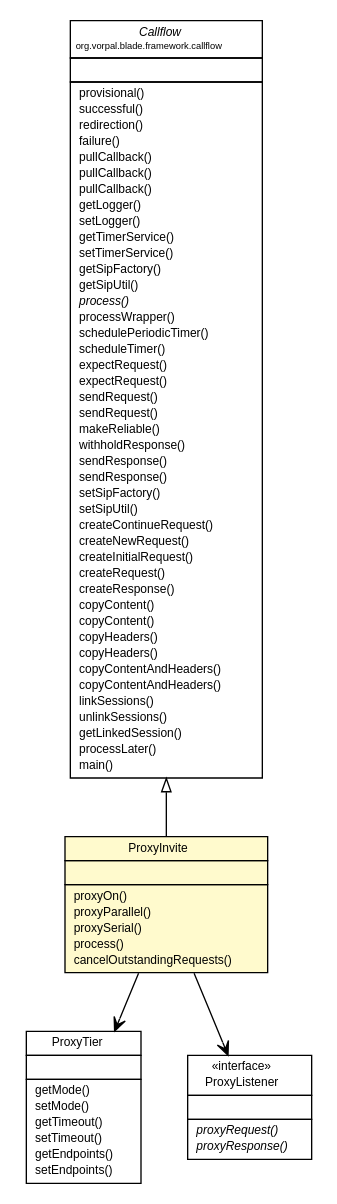
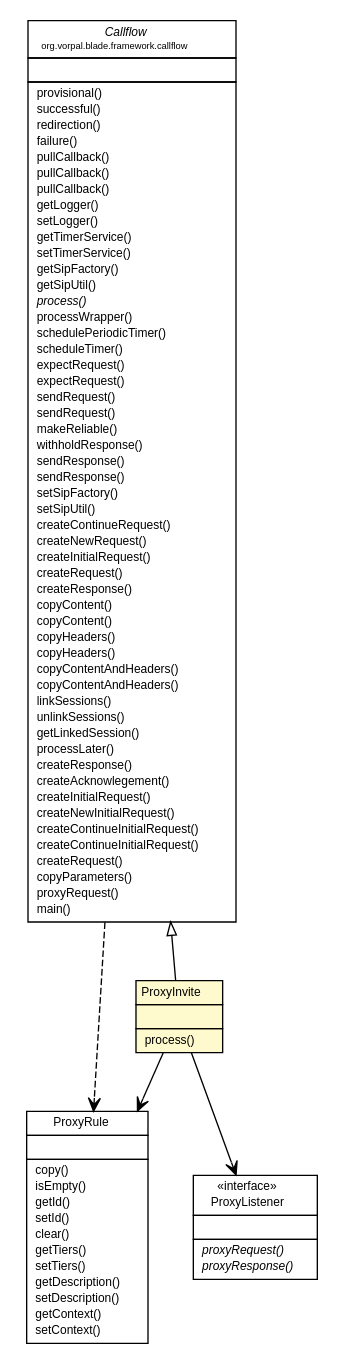
The diagram in blade/vorpal-blade-library-framework/org/vorpal/blade/framework/proxy/ProxyInvite.dot (vorpalnet/vorpalnet.github.io), drawn with Graphviz before and after one commit. The commit also changed 1096 other files, not shown here.

```diff
--- a/blade/vorpal-blade-library-framework/org/vorpal/blade/framework/proxy/ProxyInvite.dot
+++ b/blade/vorpal-blade-library-framework/org/vorpal/blade/framework/proxy/ProxyInvite.dot
@@ -1,120 +1,132 @@
 #!/usr/local/bin/dot
 #
 # Class diagram 
 # Generated by UMLGraph version 5.2 (http://www.umlgraph.org/)
 #
 
 digraph G {
 	edge [fontname="Helvetica",fontsize=10,labelfontname="Helvetica",labelfontsize=10];
 	node [fontname="Helvetica",fontsize=10,shape=plaintext];
 	nodesep=0.25;
 	ranksep=0.5;
 	// org.vorpal.blade.framework.callflow.Callflow
-	c2261 [label=<<table title="org.vorpal.blade.framework.callflow.Callflow" border="0" cellborder="1" cellspacing="0" cellpadding="2" port="p" href="../callflow/Callflow.html">
+	c4730 [label=<<table title="org.vorpal.blade.framework.callflow.Callflow" border="0" cellborder="1" cellspacing="0" cellpadding="2" port="p" href="../callflow/Callflow.html">
 		<tr><td><table border="0" cellspacing="0" cellpadding="1">
 <tr><td align="center" balign="center"><font face="Helvetica-Oblique"> Callflow </font></td></tr>
 <tr><td align="center" balign="center"><font point-size="7.0"> org.vorpal.blade.framework.callflow </font></td></tr>
 		</table></td></tr>
 		<tr><td><table border="0" cellspacing="0" cellpadding="1">
 <tr><td align="left" balign="left">  </td></tr>
 		</table></td></tr>
 		<tr><td><table border="0" cellspacing="0" cellpadding="1">
 <tr><td align="left" balign="left">  provisional() </td></tr>
 <tr><td align="left" balign="left">  successful() </td></tr>
 <tr><td align="left" balign="left">  redirection() </td></tr>
 <tr><td align="left" balign="left">  failure() </td></tr>
 <tr><td align="left" balign="left">  pullCallback() </td></tr>
 <tr><td align="left" balign="left">  pullCallback() </td></tr>
 <tr><td align="left" balign="left">  pullCallback() </td></tr>
 <tr><td align="left" balign="left">  getLogger() </td></tr>
 <tr><td align="left" balign="left">  setLogger() </td></tr>
 <tr><td align="left" balign="left">  getTimerService() </td></tr>
 <tr><td align="left" balign="left">  setTimerService() </td></tr>
 <tr><td align="left" balign="left">  getSipFactory() </td></tr>
 <tr><td align="left" balign="left">  getSipUtil() </td></tr>
 <tr><td align="left" balign="left"><font face="Helvetica-Oblique" point-size="9.0">  process() </font></td></tr>
 <tr><td align="left" balign="left">  processWrapper() </td></tr>
 <tr><td align="left" balign="left">  schedulePeriodicTimer() </td></tr>
 <tr><td align="left" balign="left">  scheduleTimer() </td></tr>
 <tr><td align="left" balign="left">  expectRequest() </td></tr>
 <tr><td align="left" balign="left">  expectRequest() </td></tr>
 <tr><td align="left" balign="left">  sendRequest() </td></tr>
 <tr><td align="left" balign="left">  sendRequest() </td></tr>
 <tr><td align="left" balign="left">  makeReliable() </td></tr>
 <tr><td align="left" balign="left">  withholdResponse() </td></tr>
 <tr><td align="left" balign="left">  sendResponse() </td></tr>
 <tr><td align="left" balign="left">  sendResponse() </td></tr>
 <tr><td align="left" balign="left">  setSipFactory() </td></tr>
 <tr><td align="left" balign="left">  setSipUtil() </td></tr>
 <tr><td align="left" balign="left">  createContinueRequest() </td></tr>
 <tr><td align="left" balign="left">  createNewRequest() </td></tr>
 <tr><td align="left" balign="left">  createInitialRequest() </td></tr>
 <tr><td align="left" balign="left">  createRequest() </td></tr>
 <tr><td align="left" balign="left">  createResponse() </td></tr>
 <tr><td align="left" balign="left">  copyContent() </td></tr>
 <tr><td align="left" balign="left">  copyContent() </td></tr>
 <tr><td align="left" balign="left">  copyHeaders() </td></tr>
 <tr><td align="left" balign="left">  copyHeaders() </td></tr>
 <tr><td align="left" balign="left">  copyContentAndHeaders() </td></tr>
 <tr><td align="left" balign="left">  copyContentAndHeaders() </td></tr>
 <tr><td align="left" balign="left">  linkSessions() </td></tr>
 <tr><td align="left" balign="left">  unlinkSessions() </td></tr>
 <tr><td align="left" balign="left">  getLinkedSession() </td></tr>
 <tr><td align="left" balign="left">  processLater() </td></tr>
+<tr><td align="left" balign="left">  createResponse() </td></tr>
+<tr><td align="left" balign="left">  createAcknowlegement() </td></tr>
+<tr><td align="left" balign="left">  createInitialRequest() </td></tr>
+<tr><td align="left" balign="left">  createNewInitialRequest() </td></tr>
+<tr><td align="left" balign="left">  createContinueInitialRequest() </td></tr>
+<tr><td align="left" balign="left">  createContinueInitialRequest() </td></tr>
+<tr><td align="left" balign="left">  createRequest() </td></tr>
+<tr><td align="left" balign="left">  copyParameters() </td></tr>
+<tr><td align="left" balign="left">  proxyRequest() </td></tr>
 <tr><td align="left" balign="left">  main() </td></tr>
 		</table></td></tr>
 		</table>>, fontname="Helvetica", fontcolor="black", fontsize=9.0];
-	// org.vorpal.blade.framework.proxy.ProxyTier
-	c2282 [label=<<table title="org.vorpal.blade.framework.proxy.ProxyTier" border="0" cellborder="1" cellspacing="0" cellpadding="2" port="p" href="./ProxyTier.html">
+	// org.vorpal.blade.framework.proxy.ProxyRule
+	c4781 [label=<<table title="org.vorpal.blade.framework.proxy.ProxyRule" border="0" cellborder="1" cellspacing="0" cellpadding="2" port="p" href="./ProxyRule.html">
 		<tr><td><table border="0" cellspacing="0" cellpadding="1">
-<tr><td align="center" balign="center"> ProxyTier </td></tr>
+<tr><td align="center" balign="center"> ProxyRule </td></tr>
 		</table></td></tr>
 		<tr><td><table border="0" cellspacing="0" cellpadding="1">
 <tr><td align="left" balign="left">  </td></tr>
 		</table></td></tr>
 		<tr><td><table border="0" cellspacing="0" cellpadding="1">
-<tr><td align="left" balign="left">  getMode() </td></tr>
-<tr><td align="left" balign="left">  setMode() </td></tr>
-<tr><td align="left" balign="left">  getTimeout() </td></tr>
-<tr><td align="left" balign="left">  setTimeout() </td></tr>
-<tr><td align="left" balign="left">  getEndpoints() </td></tr>
-<tr><td align="left" balign="left">  setEndpoints() </td></tr>
+<tr><td align="left" balign="left">  copy() </td></tr>
+<tr><td align="left" balign="left">  isEmpty() </td></tr>
+<tr><td align="left" balign="left">  getId() </td></tr>
+<tr><td align="left" balign="left">  setId() </td></tr>
+<tr><td align="left" balign="left">  clear() </td></tr>
+<tr><td align="left" balign="left">  getTiers() </td></tr>
+<tr><td align="left" balign="left">  setTiers() </td></tr>
+<tr><td align="left" balign="left">  getDescription() </td></tr>
+<tr><td align="left" balign="left">  setDescription() </td></tr>
+<tr><td align="left" balign="left">  getContext() </td></tr>
+<tr><td align="left" balign="left">  setContext() </td></tr>
 		</table></td></tr>
 		</table>>, fontname="Helvetica", fontcolor="black", fontsize=9.0];
 	// org.vorpal.blade.framework.proxy.ProxyListener
-	c2288 [label=<<table title="org.vorpal.blade.framework.proxy.ProxyListener" border="0" cellborder="1" cellspacing="0" cellpadding="2" port="p" href="./ProxyListener.html">
+	c4782 [label=<<table title="org.vorpal.blade.framework.proxy.ProxyListener" border="0" cellborder="1" cellspacing="0" cellpadding="2" port="p" href="./ProxyListener.html">
 		<tr><td><table border="0" cellspacing="0" cellpadding="1">
 <tr><td align="center" balign="center"> &#171;interface&#187; </td></tr>
 <tr><td align="center" balign="center"> ProxyListener </td></tr>
 		</table></td></tr>
 		<tr><td><table border="0" cellspacing="0" cellpadding="1">
 <tr><td align="left" balign="left">  </td></tr>
 		</table></td></tr>
 		<tr><td><table border="0" cellspacing="0" cellpadding="1">
 <tr><td align="left" balign="left"><font face="Helvetica-Oblique" point-size="9.0">  proxyRequest() </font></td></tr>
 <tr><td align="left" balign="left"><font face="Helvetica-Oblique" point-size="9.0">  proxyResponse() </font></td></tr>
 		</table></td></tr>
 		</table>>, fontname="Helvetica", fontcolor="black", fontsize=9.0];
 	// org.vorpal.blade.framework.proxy.ProxyInvite
-	c2289 [label=<<table title="org.vorpal.blade.framework.proxy.ProxyInvite" border="0" cellborder="1" cellspacing="0" cellpadding="2" port="p" bgcolor="lemonChiffon" href="./ProxyInvite.html">
+	c4783 [label=<<table title="org.vorpal.blade.framework.proxy.ProxyInvite" border="0" cellborder="1" cellspacing="0" cellpadding="2" port="p" bgcolor="lemonChiffon" href="./ProxyInvite.html">
 		<tr><td><table border="0" cellspacing="0" cellpadding="1">
 <tr><td align="center" balign="center"> ProxyInvite </td></tr>
 		</table></td></tr>
 		<tr><td><table border="0" cellspacing="0" cellpadding="1">
 <tr><td align="left" balign="left">  </td></tr>
 		</table></td></tr>
 		<tr><td><table border="0" cellspacing="0" cellpadding="1">
-<tr><td align="left" balign="left">  proxyOn() </td></tr>
-<tr><td align="left" balign="left">  proxyParallel() </td></tr>
-<tr><td align="left" balign="left">  proxySerial() </td></tr>
 <tr><td align="left" balign="left">  process() </td></tr>
-<tr><td align="left" balign="left">  cancelOutstandingRequests() </td></tr>
 		</table></td></tr>
 		</table>>, fontname="Helvetica", fontcolor="black", fontsize=9.0];
 	//org.vorpal.blade.framework.proxy.ProxyInvite extends org.vorpal.blade.framework.callflow.Callflow
-	c2261:p -> c2289:p [dir=back,arrowtail=empty];
+	c4730:p -> c4783:p [dir=back,arrowtail=empty];
 	// org.vorpal.blade.framework.proxy.ProxyInvite NAVASSOC org.vorpal.blade.framework.proxy.ProxyListener
-	c2289:p -> c2288:p [taillabel="", label="", headlabel="", fontname="Helvetica", fontcolor="black", fontsize=10.0, color="black", arrowhead=open];
-	// org.vorpal.blade.framework.proxy.ProxyInvite NAVASSOC org.vorpal.blade.framework.proxy.ProxyTier
-	c2289:p -> c2282:p [taillabel="", label="", headlabel="", fontname="Helvetica", fontcolor="black", fontsize=10.0, color="black", arrowhead=open];
+	c4783:p -> c4782:p [taillabel="", label="", headlabel="", fontname="Helvetica", fontcolor="black", fontsize=10.0, color="black", arrowhead=open];
+	// org.vorpal.blade.framework.proxy.ProxyInvite NAVASSOC org.vorpal.blade.framework.proxy.ProxyRule
+	c4783:p -> c4781:p [taillabel="", label="", headlabel="", fontname="Helvetica", fontcolor="black", fontsize=10.0, color="black", arrowhead=open];
+	// org.vorpal.blade.framework.callflow.Callflow DEPEND org.vorpal.blade.framework.proxy.ProxyRule
+	c4730:p -> c4781:p [taillabel="", label="", headlabel="", fontname="Helvetica", fontcolor="black", fontsize=10.0, color="black", arrowhead=open, style=dashed];
 }
```
